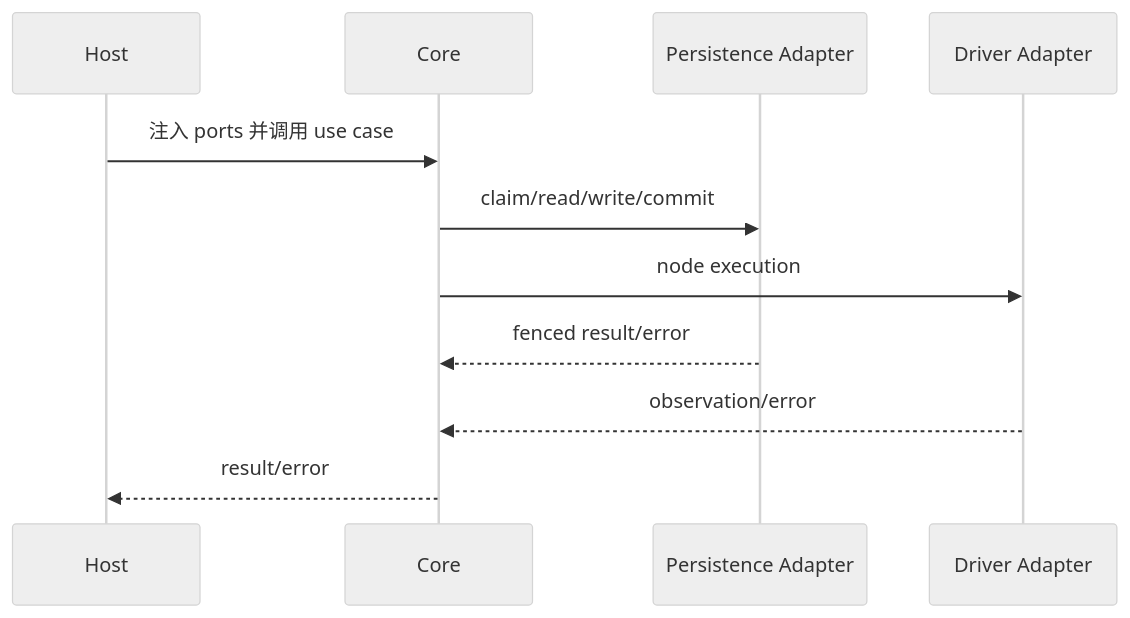
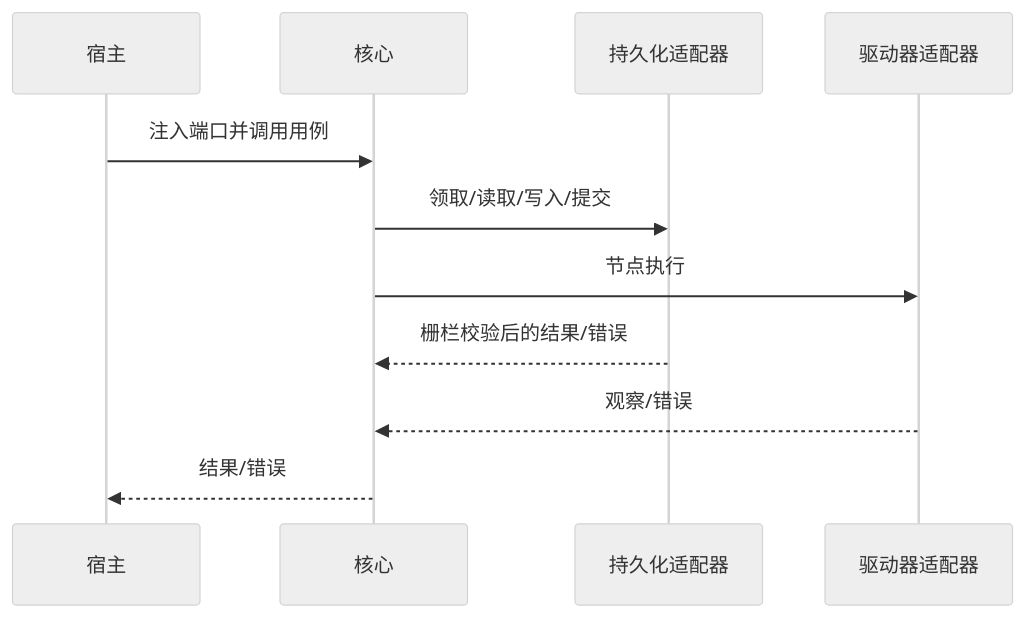
Before and after one commit to Capsule7446/healix-core: the first of 2 diagrams in docs/integration/adapter-responsibilities.md, drawn with Mermaid (neutral theme). The commit also changed other lines of this file and 180 other files, not shown here.

````diff
--- a/docs/integration/adapter-responsibilities.md
+++ b/docs/integration/adapter-responsibilities.md
@@ -25,13 +26,13 @@
 ```mermaid
 sequenceDiagram
-  participant Host
-  participant Core
-  participant DB as Persistence Adapter
-  participant Browser as Driver Adapter
-  Host->>Core: 注入 ports 并调用 use case
-  Core->>DB: claim/read/write/commit
-  Core->>Browser: node execution
-  DB-->>Core: fenced result/error
-  Browser-->>Core: observation/error
-  Core-->>Host: result/error
+  participant Host as 宿主
+  participant Core as 核心
+  participant DB as 持久化适配器
+  participant Browser as 驱动器适配器
+  Host->>Core: 注入端口并调用用例
+  Core->>DB: 领取/读取/写入/提交
+  Core->>Browser: 节点执行
+  DB-->>Core: 栅栏校验后的结果/错误
+  Browser-->>Core: 观察/错误
+  Core-->>Host: 结果/错误
 ```
````
